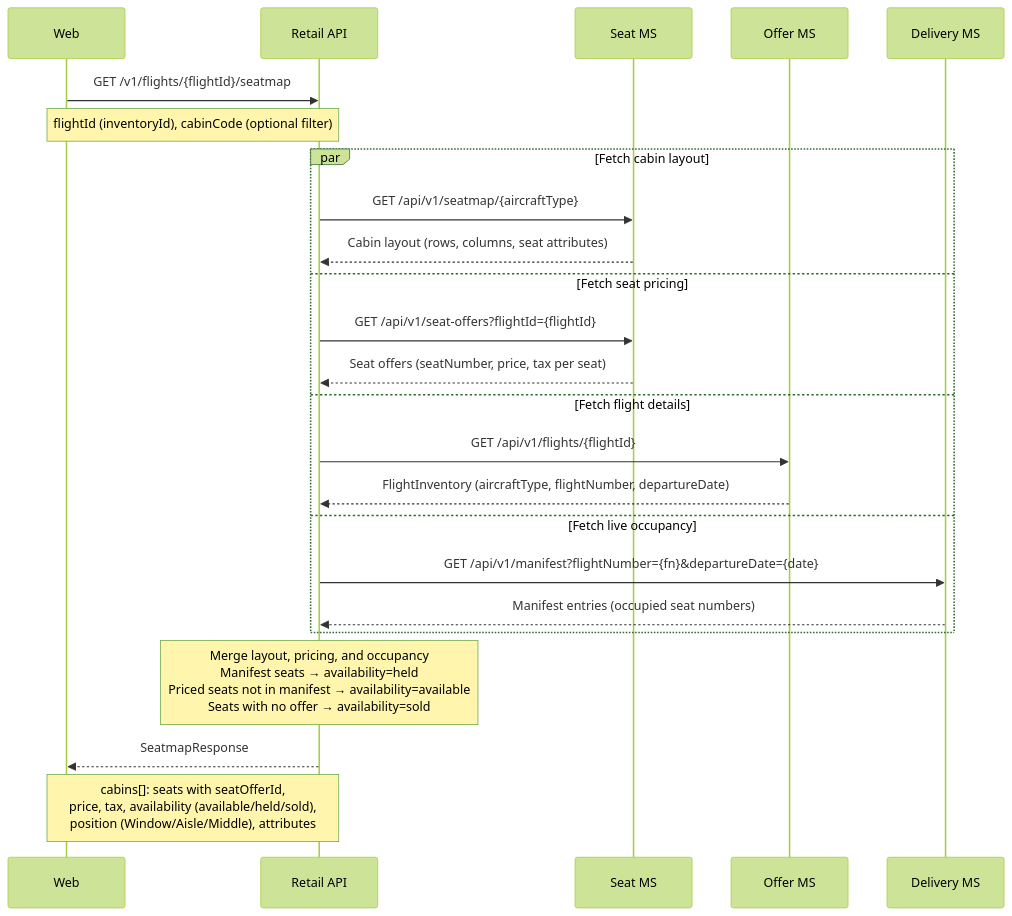
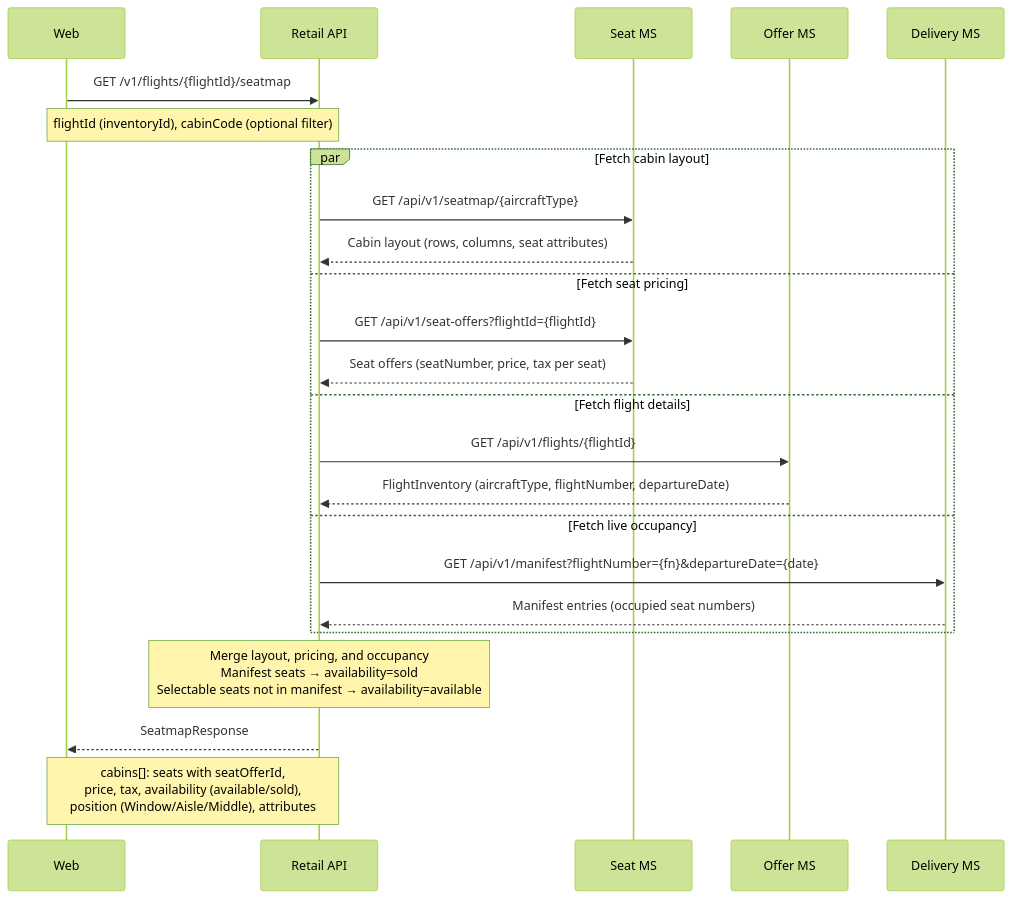
One commit to sebharvey/airline-reservation-system changed the first of 4 diagrams in documentation/sequences/ancillary.md. Above: the diagram before and after it, drawn with Mermaid (forest theme). The commit also changed 9 other files, not shown here.

First line of the commit message:
docs: remove SeatReservation — derive seatmap occupancy from Delivery MS manifest

````diff
--- a/documentation/sequences/ancillary.md
+++ b/documentation/sequences/ancillary.md
@@ -11,30 +11,30 @@
 ```mermaid
 sequenceDiagram
     participant Web
     participant RetailAPI as Retail API
     participant SeatMS as Seat MS
     participant OfferMS as Offer MS
     participant DeliveryMS as Delivery MS
 
     Web->>RetailAPI: GET /v1/flights/{flightId}/seatmap
     Note over Web,RetailAPI: flightId (inventoryId), cabinCode (optional filter)
 
     par Fetch cabin layout
         RetailAPI->>SeatMS: GET /api/v1/seatmap/{aircraftType}
         SeatMS-->>RetailAPI: Cabin layout (rows, columns, seat attributes)
     and Fetch seat pricing
         RetailAPI->>SeatMS: GET /api/v1/seat-offers?flightId={flightId}
         SeatMS-->>RetailAPI: Seat offers (seatNumber, price, tax per seat)
     and Fetch flight details
         RetailAPI->>OfferMS: GET /api/v1/flights/{flightId}
         OfferMS-->>RetailAPI: FlightInventory (aircraftType, flightNumber, departureDate)
     and Fetch live occupancy
         RetailAPI->>DeliveryMS: GET /api/v1/manifest?flightNumber={fn}&departureDate={date}
         DeliveryMS-->>RetailAPI: Manifest entries (occupied seat numbers)
     end
 
-    Note over RetailAPI: Merge layout, pricing, and occupancy<br/>Manifest seats → availability=held<br/>Priced seats not in manifest → availability=available<br/>Seats with no offer → availability=sold
+    Note over RetailAPI: Merge layout, pricing, and occupancy<br/>Manifest seats → availability=sold<br/>Selectable seats not in manifest → availability=available
 
     RetailAPI-->>Web: SeatmapResponse
-    Note over RetailAPI,Web: cabins[]: seats with seatOfferId,<br/>price, tax, availability (available/held/sold),<br/>position (Window/Aisle/Middle), attributes
+    Note over RetailAPI,Web: cabins[]: seats with seatOfferId,<br/>price, tax, availability (available/sold),<br/>position (Window/Aisle/Middle), attributes
 ```
````
